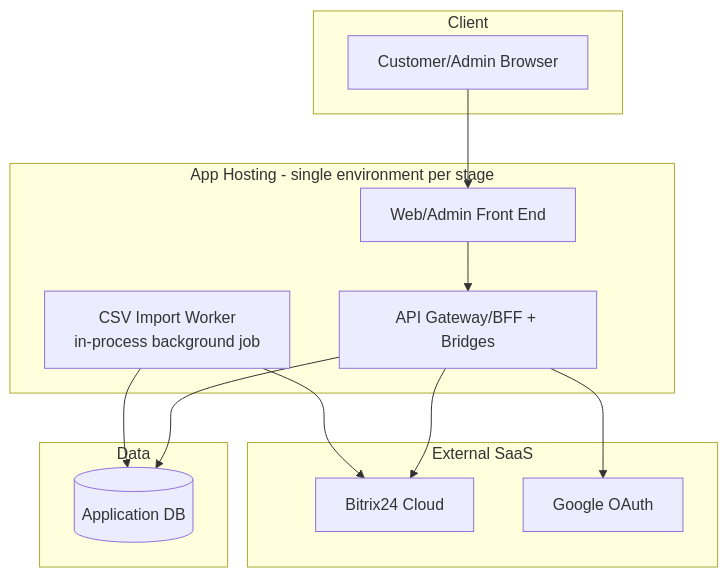
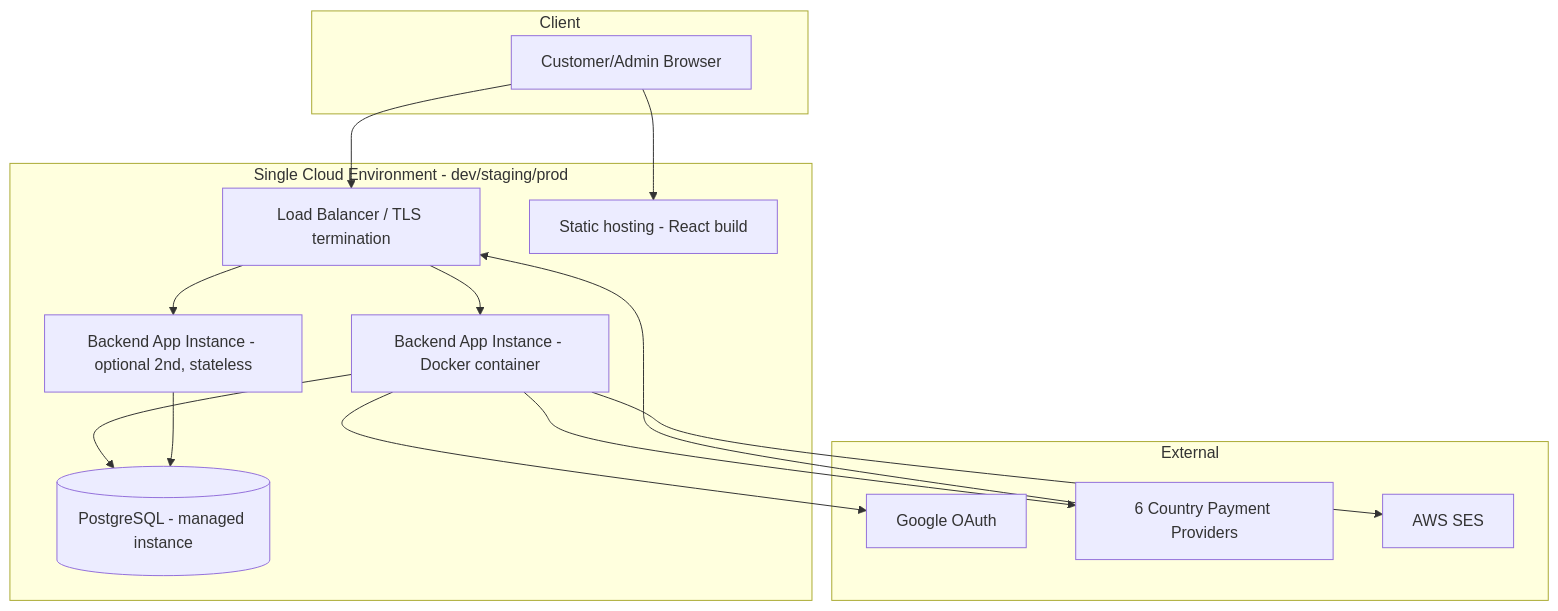
Diagram 11 of 11 in projects/rumica-starter/ready_for_dev_docs/architecture-specification.md (DzmitryKamashkaInt/business_analysys_pipeline), drawn with Mermaid before and after one commit. The commit also changed other lines of this file and 1 other file, not shown here.

Commit message:
rumica-starter: finalized for development (custom stack + 6-country payment orchestration + restock notification)

````diff
--- a/projects/rumica-starter/ready_for_dev_docs/architecture-specification.md
+++ b/projects/rumica-starter/ready_for_dev_docs/architecture-specification.md
@@ -238,26 +377,31 @@
 ```mermaid
 graph TD
     subgraph Client
         Browser[Customer/Admin Browser]
     end
-    subgraph App Hosting - single environment per stage
-        WEB[Web/Admin Front End]
-        API[API Gateway/BFF + Bridges]
-        WORKER[CSV Import Worker<br/>in-process background job]
-    end
-    subgraph Data
-        DB[(Application DB)]
-    end
-    subgraph External SaaS
-        BX[Bitrix24 Cloud]
-        GOOG[Google OAuth]
+
+    subgraph Hosting[Single Cloud Environment - dev/staging/prod]
+        LB[Load Balancer / TLS termination]
+        App1[Backend App Instance - Docker container]
+        App2[Backend App Instance - optional 2nd, stateless]
+        PG[(PostgreSQL - managed instance)]
+        Static[Static hosting - React build]
     end
 
-    Browser --> WEB
-    WEB --> API
-    API --> DB
-    WORKER --> DB
-    API --> BX
-    API --> GOOG
-    WORKER --> BX
+    subgraph External
+        GoogleOAuthExt[Google OAuth]
+        PayProviders[6 Country Payment Providers]
+        SESExt[AWS SES]
+    end
+
+    Browser --> Static
+    Browser --> LB
+    LB --> App1
+    LB --> App2
+    App1 --> PG
+    App2 --> PG
+    App1 --> GoogleOAuthExt
+    App1 --> PayProviders
+    App1 --> SESExt
+    PayProviders --> LB
 ```
````
